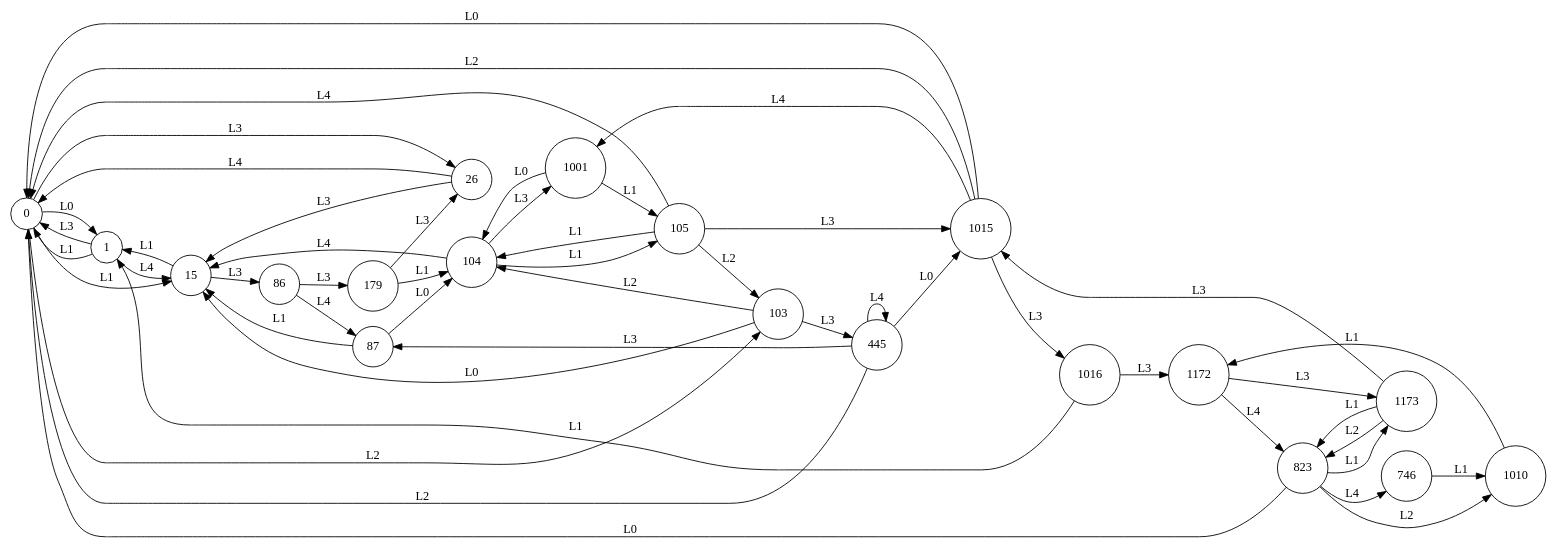
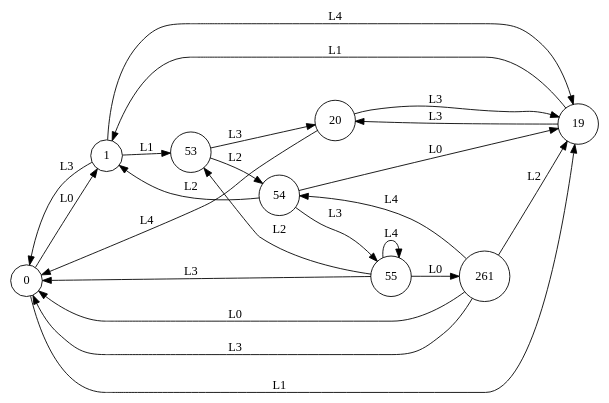
One commit to k85-ai/KB1 changed the diagram in learning_E0/learnt-automaton_10_2_5_9~7.dot. Above: the diagram before and after it, drawn with Graphviz. The commit also changed 808 other files, not shown here.

```diff
--- a/learning_E0/learnt-automaton_10_2_5_9~7.dot
+++ b/learning_E0/learnt-automaton_10_2_5_9~7.dot
@@ -1,72 +1,33 @@
 digraph learntMachine {
   rankdir=LR;
   0 [shape=circle, label="0"];
   1 [shape=circle, label="1"];
-  15 [shape=circle, label="15"];
-  26 [shape=circle, label="26"];
-  86 [shape=circle, label="86"];
-  87 [shape=circle, label="87"];
-  103 [shape=circle, label="103"];
-  104 [shape=circle, label="104"];
-  105 [shape=circle, label="105"];
-  179 [shape=circle, label="179"];
-  445 [shape=circle, label="445"];
-  746 [shape=circle, label="746"];
-  823 [shape=circle, label="823"];
-  1001 [shape=circle, label="1001"];
-  1010 [shape=circle, label="1010"];
-  1015 [shape=circle, label="1015"];
-  1016 [shape=circle, label="1016"];
-  1172 [shape=circle, label="1172"];
-  1173 [shape=circle, label="1173"];
+  19 [shape=circle, label="19"];
+  20 [shape=circle, label="20"];
+  53 [shape=circle, label="53"];
+  54 [shape=circle, label="54"];
+  55 [shape=circle, label="55"];
+  261 [shape=circle, label="261"];
   0 -> 1 [label="L0"];
+  1 -> 19 [label="L4"];
+  0 -> 19 [label="L1"];
+  19 -> 20 [label="L3"];
+  20 -> 19 [label="L3"];
+  19 -> 1 [label="L1"];
   1 -> 0 [label="L3"];
-  0 -> 15 [label="L1"];
-  15 -> 1 [label="L1"];
-  1 -> 0 [label="L1"];
-  26 -> 0 [label="L4"];
-  1 -> 15 [label="L4"];
-  15 -> 86 [label="L3"];
-  86 -> 87 [label="L4"];
-  87 -> 104 [label="L0"];
-  103 -> 104 [label="L2"];
-  104 -> 105 [label="L1"];
-  105 -> 103 [label="L2"];
-  87 -> 15 [label="L1"];
-  86 -> 179 [label="L3"];
-  179 -> 26 [label="L3"];
-  26 -> 15 [label="L3"];
-  103 -> 15 [label="L0"];
-  179 -> 104 [label="L1"];
-  103 -> 445 [label="L3"];
-  445 -> 445 [label="L4"];
-  445 -> 87 [label="L3"];
-  445 -> 0 [label="L2"];
-  105 -> 1015 [label="L3"];
-  104 -> 15 [label="L4"];
-  746 -> 1010 [label="L1"];
-  823 -> 1173 [label="L1"];
-  104 -> 1001 [label="L3"];
-  1001 -> 105 [label="L1"];
-  1010 -> 1172 [label="L1"];
-  1015 -> 1016 [label="L3"];
-  1016 -> 1 [label="L1"];
-  1172 -> 1173 [label="L3"];
-  1173 -> 1015 [label="L3"];
-  1001 -> 104 [label="L0"];
-  0 -> 26 [label="L3"];
-  0 -> 103 [label="L2"];
-  445 -> 1015 [label="L0"];
-  1172 -> 823 [label="L4"];
-  1173 -> 823 [label="L1"];
-  1015 -> 0 [label="L0"];
-  1015 -> 1001 [label="L4"];
-  1015 -> 0 [label="L2"];
-  823 -> 0 [label="L0"];
-  105 -> 104 [label="L1"];
-  1016 -> 1172 [label="L3"];
-  105 -> 0 [label="L4"];
-  823 -> 746 [label="L4"];
-  1173 -> 823 [label="L2"];
-  823 -> 1010 [label="L2"];
+  20 -> 0 [label="L4"];
+  1 -> 53 [label="L1"];
+  53 -> 54 [label="L2"];
+  54 -> 55 [label="L3"];
+  55 -> 0 [label="L3"];
+  53 -> 20 [label="L3"];
+  261 -> 54 [label="L4"];
+  55 -> 53 [label="L2"];
+  54 -> 1 [label="L2"];
+  54 -> 19 [label="L0"];
+  55 -> 55 [label="L4"];
+  55 -> 261 [label="L0"];
+  261 -> 19 [label="L2"];
+  261 -> 0 [label="L3"];
+  261 -> 0 [label="L0"];
 }
```
